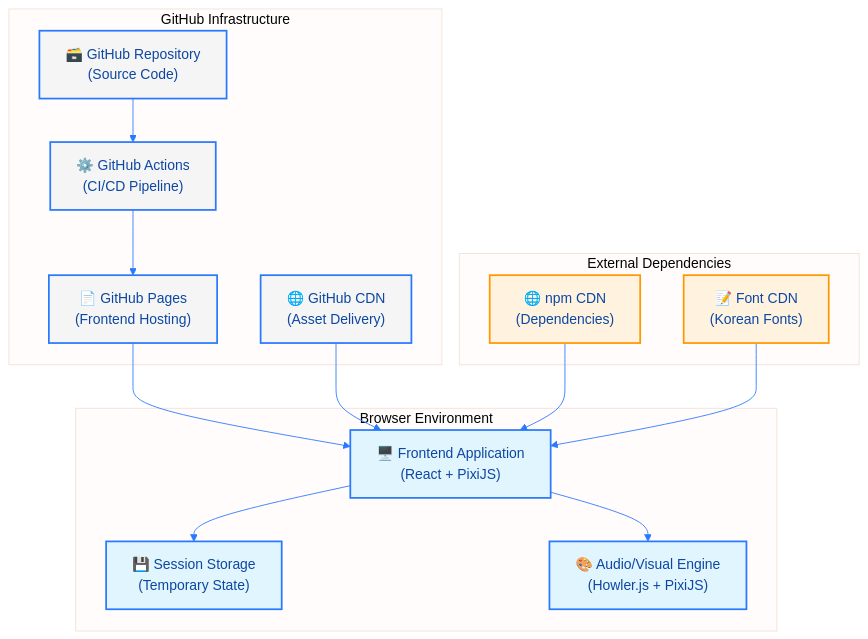
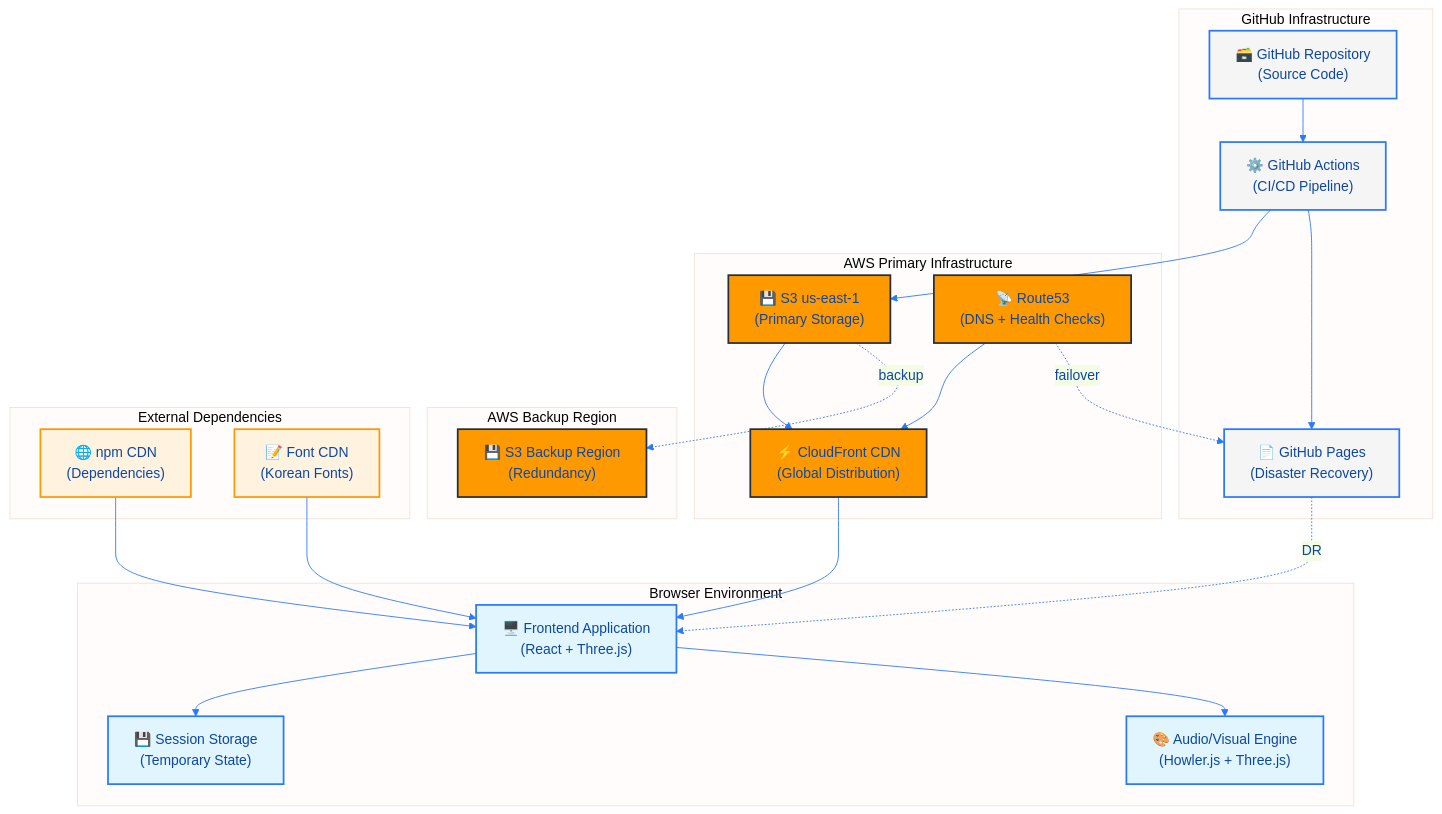
Before and after one commit to Hack23/blacktrigram: the third of 6 diagrams in BCPPlan.md, drawn with Mermaid. The commit also changed other lines of this file, not shown here.

Commit message:
docs: Update BCPPlan.md with AWS CloudFront + S3 deployment architecture

````diff
--- a/BCPPlan.md
+++ b/BCPPlan.md
@@ -196,47 +198,63 @@
 ```mermaid
 %%{
   init: {
     'theme': 'base',
     'themeVariables': {
       'primaryColor': '#e3f2fd',
       'primaryTextColor': '#0d47a1',
       'lineColor': '#2979FF'
     }
   }
 }%%
 flowchart TB
     subgraph "GitHub Infrastructure"
-        GHP["📄 GitHub Pages\n(Frontend Hosting)"]
+        GHP["📄 GitHub Pages\n(Disaster Recovery)"]
         GHR["🗃️ GitHub Repository\n(Source Code)"]
         GHA["⚙️ GitHub Actions\n(CI/CD Pipeline)"]
-        GHCDN["🌐 GitHub CDN\n(Asset Delivery)"]
+    end
+
+    subgraph "AWS Primary Infrastructure"
+        CF["⚡ CloudFront CDN\n(Global Distribution)"]
+        S3US["💾 S3 us-east-1\n(Primary Storage)"]
+        R53["📡 Route53\n(DNS + Health Checks)"]
+    end
+
+    subgraph "AWS Backup Region"
+        S3EU["💾 S3 Backup Region\n(Redundancy)"]
     end
 
     subgraph "Browser Environment"
-        FE["🖥️ Frontend Application\n(React + PixiJS)"]
+        FE["🖥️ Frontend Application\n(React + Three.js)"]
         SS["💾 Session Storage\n(Temporary State)"]
-        AE["🎨 Audio/Visual Engine\n(Howler.js + PixiJS)"]
+        AE["🎨 Audio/Visual Engine\n(Howler.js + Three.js)"]
     end
 
     subgraph "External Dependencies"
         CDN["🌐 npm CDN\n(Dependencies)"]
         FONT["📝 Font CDN\n(Korean Fonts)"]
     end
 
     GHR --> GHA
+    GHA --> S3US
     GHA --> GHP
-    GHP --> FE
-    GHCDN --> FE
+    S3US --> CF
+    S3US -.backup.-> S3EU
+    R53 --> CF
+    R53 -.failover.-> GHP
+    CF --> FE
+    GHP -.DR.-> FE
     FE --> SS
     FE --> AE
     CDN --> FE
     FONT --> FE
 
     classDef github fill:#f5f5f5,stroke:#2979FF,stroke-width:2px;
+    classDef aws fill:#FF9900,stroke:#232F3E,stroke-width:2px;
     classDef browser fill:#e1f5fe,stroke:#2979FF,stroke-width:2px;
     classDef external fill:#fff3e0,stroke:#FF9800,stroke-width:2px;
 
-    class GHP,GHR,GHA,GHCDN github;
+    class GHP,GHR,GHA github;
+    class CF,S3US,S3EU,R53 aws;
     class FE,SS,AE browser;
     class CDN,FONT external;
 ```
````
